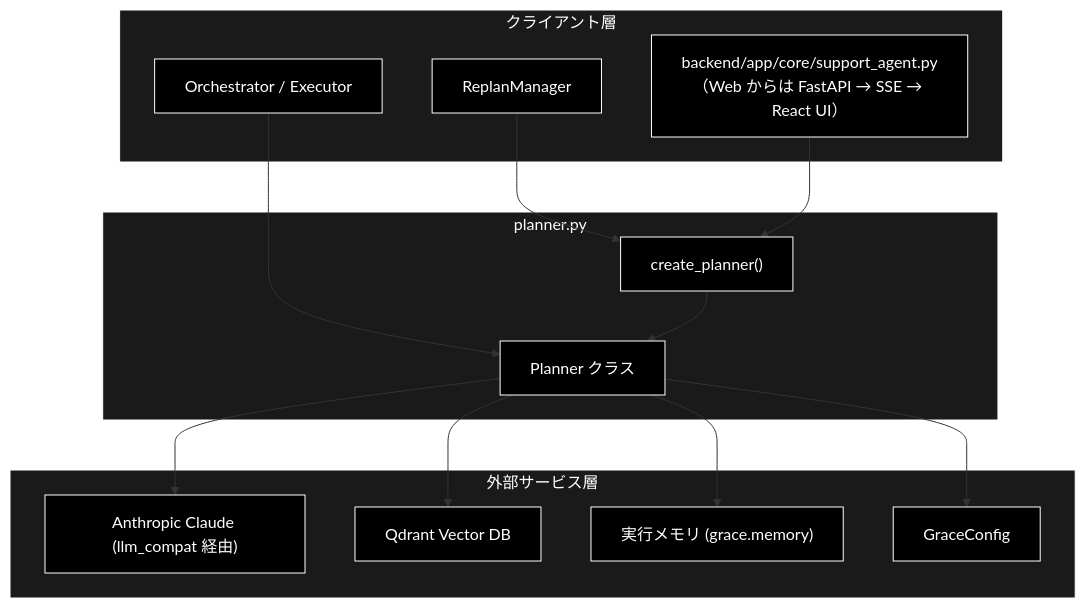
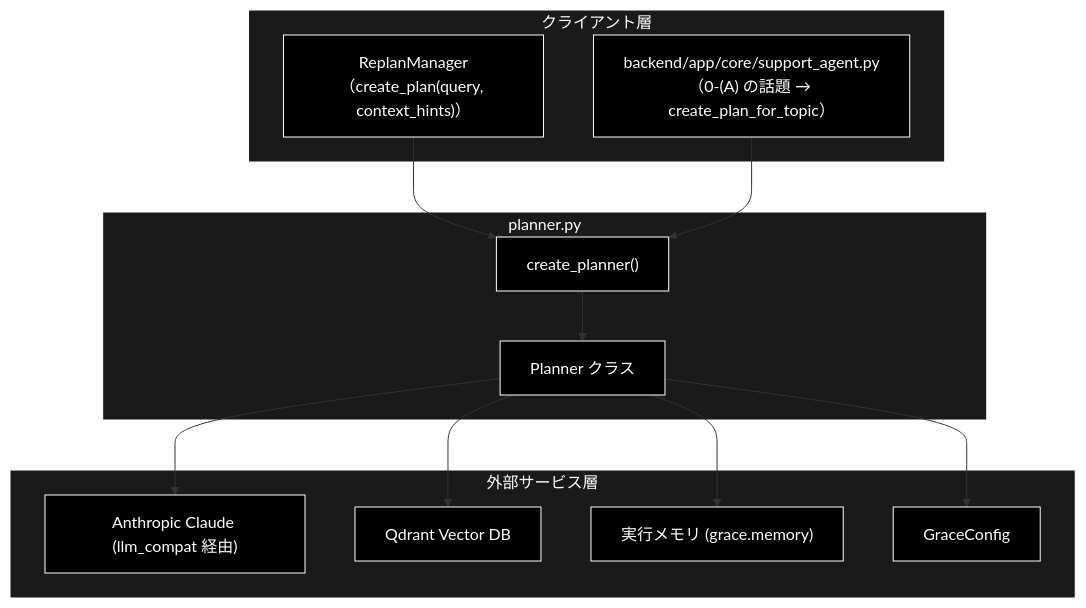
The first of 3 diagrams in grace/docs/planner.md (nakashima2toshio/grace_v2), drawn with Mermaid before and after one commit. The commit also changed other lines of this file and 25 other files, not shown here.

````diff
--- a/grace/docs/planner.md
+++ b/grace/docs/planner.md
@@ -84,35 +89,33 @@
 ```mermaid
 flowchart TB
     subgraph CLIENT["クライアント層"]
-        ORCH["Orchestrator / Executor"]
-        REPLAN["ReplanManager"]
-        UI["backend/app/core/support_agent.py<br>（Web からは FastAPI → SSE → React UI）"]
+        UI["backend/app/core/support_agent.py<br>（0-(A) の話題 → create_plan_for_topic）"]
+        REPLAN["ReplanManager<br>（create_plan(query, context_hints)）"]
     end
 
     subgraph MODULE["planner.py"]
         PLANNER["Planner クラス"]
         FACTORY["create_planner()"]
     end
 
     subgraph EXTERNAL["外部サービス層"]
         LLM["Anthropic Claude (llm_compat 経由)"]
         QDRANT["Qdrant Vector DB"]
         MEMORY["実行メモリ (grace.memory)"]
         CONFIG["GraceConfig"]
     end
 
-    ORCH --> PLANNER
     REPLAN --> FACTORY
     UI --> FACTORY
     FACTORY --> PLANNER
     PLANNER --> LLM
     PLANNER --> QDRANT
     PLANNER --> MEMORY
     PLANNER --> CONFIG
 classDef default fill:#000,stroke:#fff,color:#fff
 classDef subgraphStyle fill:#1a1a1a,stroke:#fff,color:#fff
-class ORCH,REPLAN,UI,PLANNER,FACTORY,LLM,QDRANT,MEMORY,CONFIG default
+class REPLAN,UI,PLANNER,FACTORY,LLM,QDRANT,MEMORY,CONFIG default
 style CLIENT fill:#1a1a1a,stroke:#fff,color:#fff
 style MODULE fill:#1a1a1a,stroke:#fff,color:#fff
 style EXTERNAL fill:#1a1a1a,stroke:#fff,color:#fff
 ```
````
